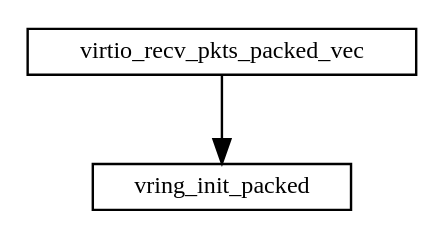
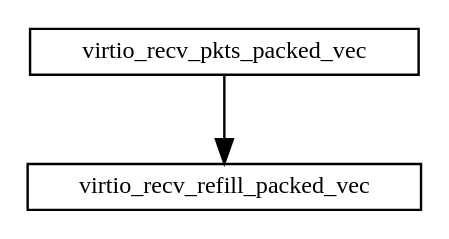
Before and after one commit to sisyphus1212/note: the second of 2 diagrams in 虚拟化/virtio.md, drawn with Graphviz.

Commit message:
auto_update

````diff
--- a/虚拟化/virtio.md
+++ b/虚拟化/virtio.md
@@ -58,11 +58,11 @@
 ```graphviz
 digraph {
     fontname="Helvetica,Arial,sans-serif"
     //node [fontname="Helvetica,Arial,sans-serif"]
     //edge [fontname="Helvetica,Arial,sans-serif"]
     //rankdir="LR"
     node [fontsize=10, shape=record, height=0.25]
     edge [fontsize=10]
-    virtio_recv_pkts_packed_vec -> vring_init_packed
+    virtio_recv_pkts_packed_vec -> virtio_recv_refill_packed_vec
 }
 ```
````
